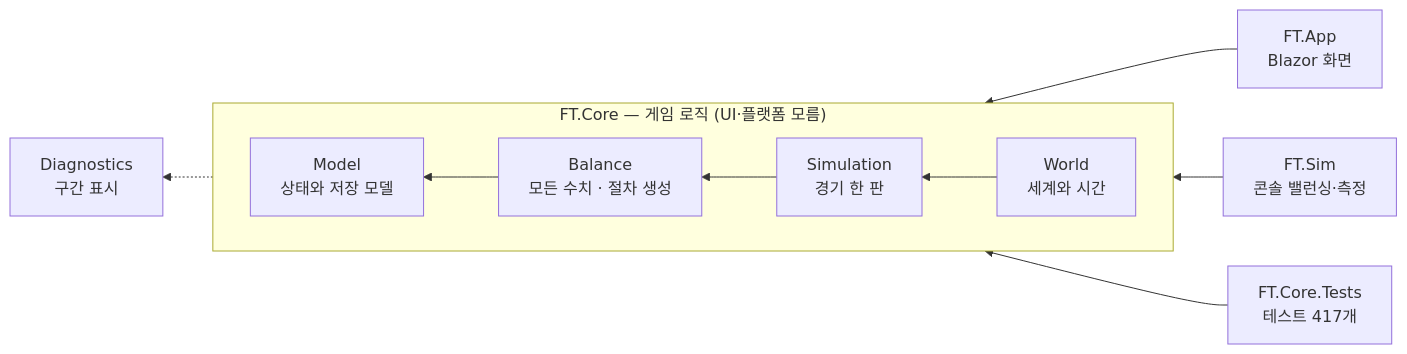
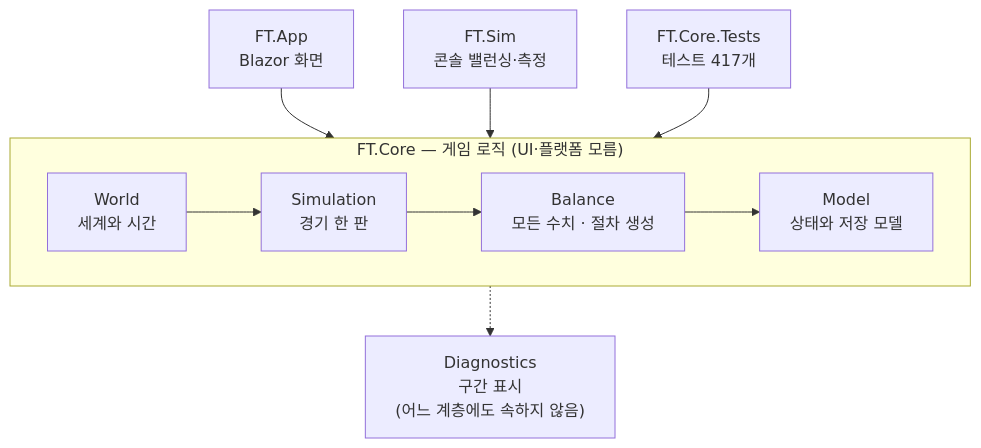
The first of 2 diagrams in docs/구조.md (Sundae-unity-dev/Football-TacticManager), drawn with Mermaid before and after one commit. The commit also changed 1 other file, not shown here.

Commit message:
그림 두 장을 세로로 — 가로로 눕히니 오른쪽이 잘립니다
GitHub 의 README 폭은 800px 쯤입니다. flowchart LR 로 여덟 칸을 늘어놓으니
"경질" 노드가 확대 버튼 뒤로 숨었습니다. 눈으로 보고 고쳤습니다.

````diff
--- a/docs/구조.md
+++ b/docs/구조.md
@@ -7,12 +7,11 @@
 ```mermaid
-flowchart RL
-  subgraph core["FT.Core — 게임 로직 (UI·플랫폼 모름)"]
-    direction RL
-    W["World<br/>세계와 시간"] --> S["Simulation<br/>경기 한 판"] --> B["Balance<br/>모든 수치 · 절차 생성"] --> M["Model<br/>상태와 저장 모델"]
-  end
+flowchart TB
   App["FT.App<br/>Blazor 화면"] --> core
   Sim["FT.Sim<br/>콘솔 밸런싱·측정"] --> core
   Test["FT.Core.Tests<br/>테스트 417개"] --> core
-  Diag["Diagnostics<br/>구간 표시"]
-  core -.-> Diag
+  subgraph core["FT.Core — 게임 로직 (UI·플랫폼 모름)"]
+    direction LR
+    W["World<br/>세계와 시간"] --> S["Simulation<br/>경기 한 판"] --> B["Balance<br/>모든 수치 · 절차 생성"] --> M["Model<br/>상태와 저장 모델"]
+  end
+  core -.-> Diag["Diagnostics<br/>구간 표시<br/>(어느 계층에도 속하지 않음)"]
 ```
````
